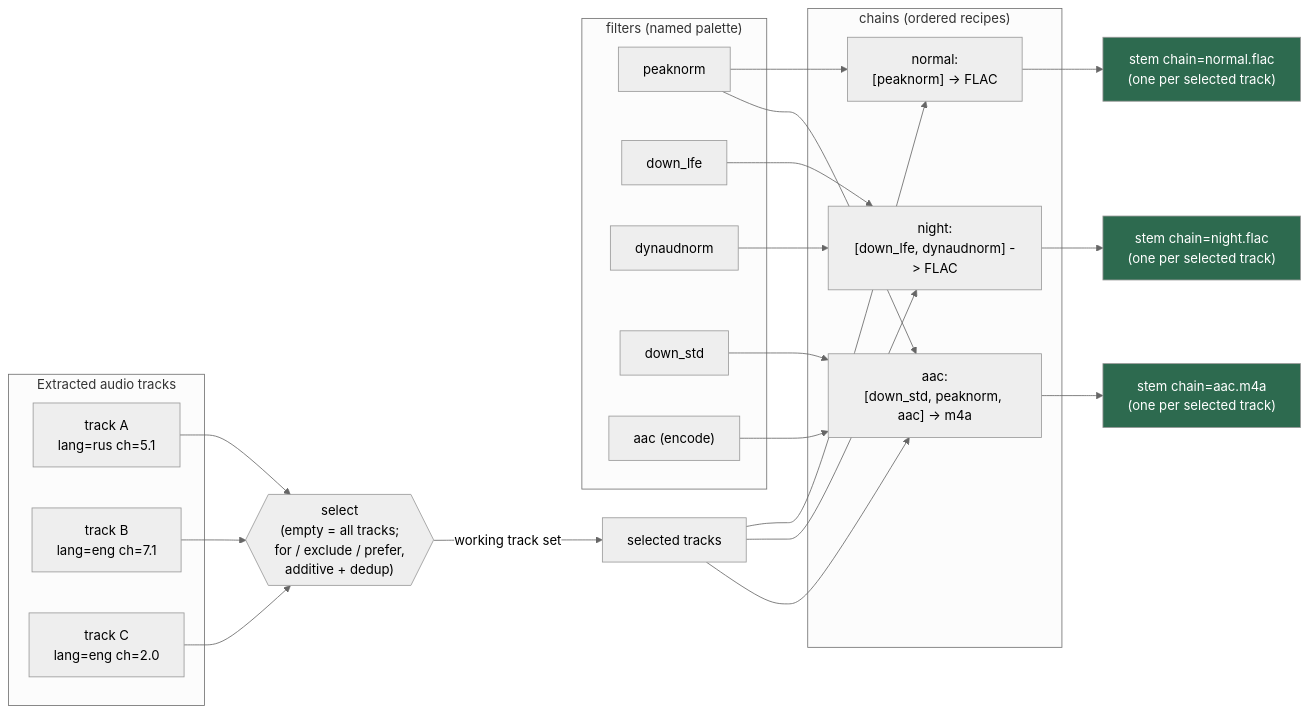
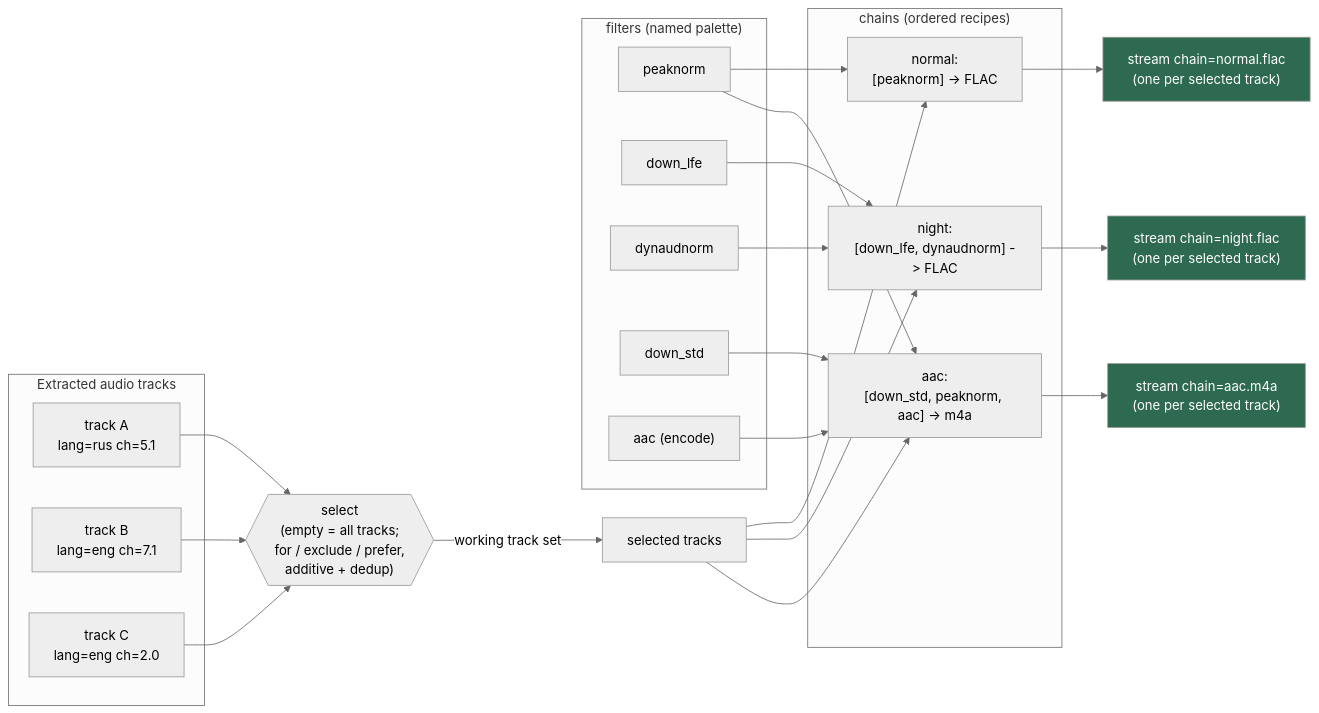
Before and after one commit to CHerSun/pyqenc: the diagram in docs/audio-processing-graph.mermaid, drawn with Mermaid (neutral theme). The commit also changed 29 other files, not shown here.

```diff
--- a/docs/audio-processing-graph.mermaid
+++ b/docs/audio-processing-graph.mermaid
@@ -1,52 +1,52 @@
 %% Audio processing model: select -> chains, and each (track x chain) -> one output.
 %% One chain applied to N selected tracks produces exactly N outputs
 %% (deterministic N-in -> N-out); there is no combinatorial fan-out.
 %% See docs/audio-processing.md for the full guide.
 flowchart LR
     %% ---- inputs -------------------------------------------------------
     subgraph IN["Extracted audio tracks"]
         TA["track A<br/>lang=rus ch=5.1"]
         TB["track B<br/>lang=eng ch=7.1"]
         TC["track C<br/>lang=eng ch=2.0"]
     end
 
     %% ---- select -------------------------------------------------------
     SEL{{"select<br/>(empty = all tracks;<br/>for / exclude / prefer,<br/>additive + dedup)"}}
     TA --> SEL
     TB --> SEL
     TC --> SEL
     SEL -->|working track set| WS["selected tracks"]
 
     %% ---- palette + chains --------------------------------------------
     subgraph PAL["filters (named palette)"]
         F1["peaknorm"]
         F2["down_lfe"]
         F3["dynaudnorm"]
         F4["down_std"]
         F5["aac (encode)"]
     end
 
     subgraph CH["chains (ordered recipes)"]
         C1["normal:<br/>[peaknorm] -> FLAC"]
         C2["night:<br/>[down_lfe, dynaudnorm] -> FLAC"]
         C3["aac:<br/>[down_std, peaknorm, aac] -> m4a"]
     end
 
     F1 --> C1
     F2 --> C2
     F3 --> C2
     F4 --> C3
     F1 --> C3
     F5 --> C3
 
     %% ---- track x chain -> one output each ----------------------------
     WS --> C1
     WS --> C2
     WS --> C3
 
-    C1 --> O1["stem chain=normal.flac<br/>(one per selected track)"]
-    C2 --> O2["stem chain=night.flac<br/>(one per selected track)"]
-    C3 --> O3["stem chain=aac.m4a<br/>(one per selected track)"]
+    C1 --> O1["stream chain=normal.flac<br/>(one per selected track)"]
+    C2 --> O2["stream chain=night.flac<br/>(one per selected track)"]
+    C3 --> O3["stream chain=aac.m4a<br/>(one per selected track)"]
 
     classDef out fill:#2d6a4f,color:#fff
     class O1,O2,O3 out
```
